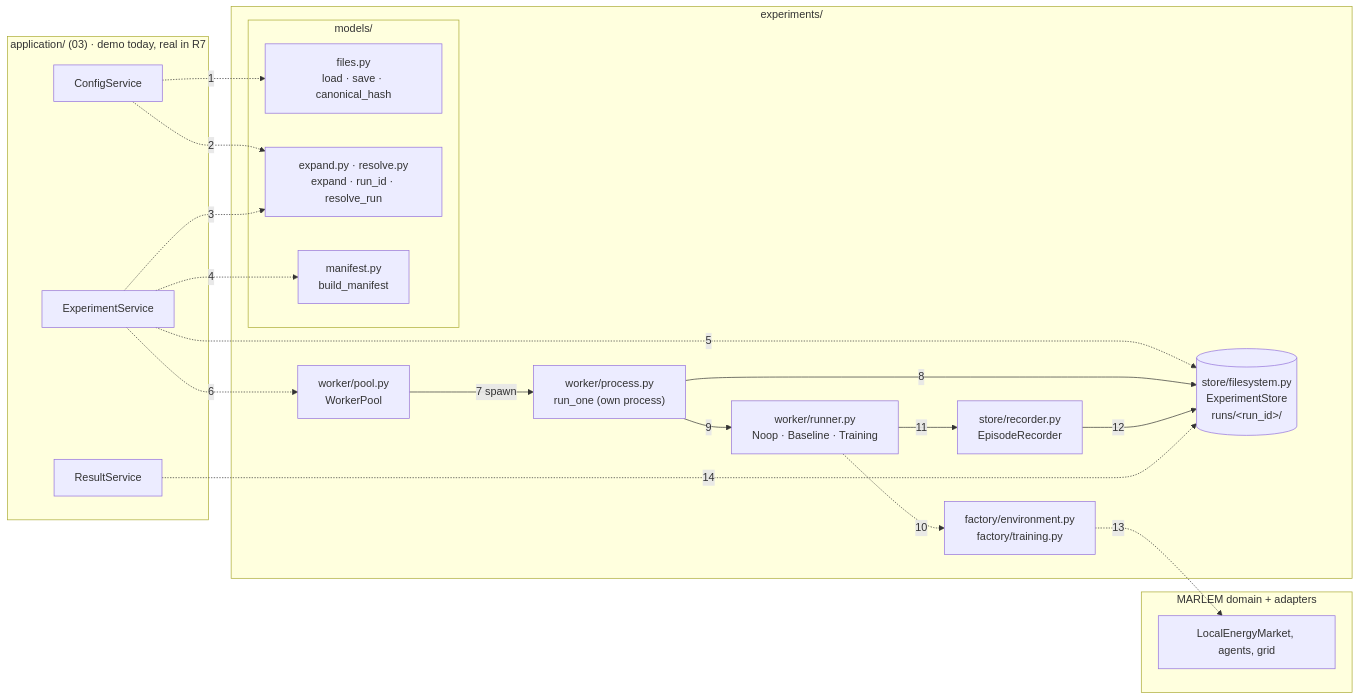
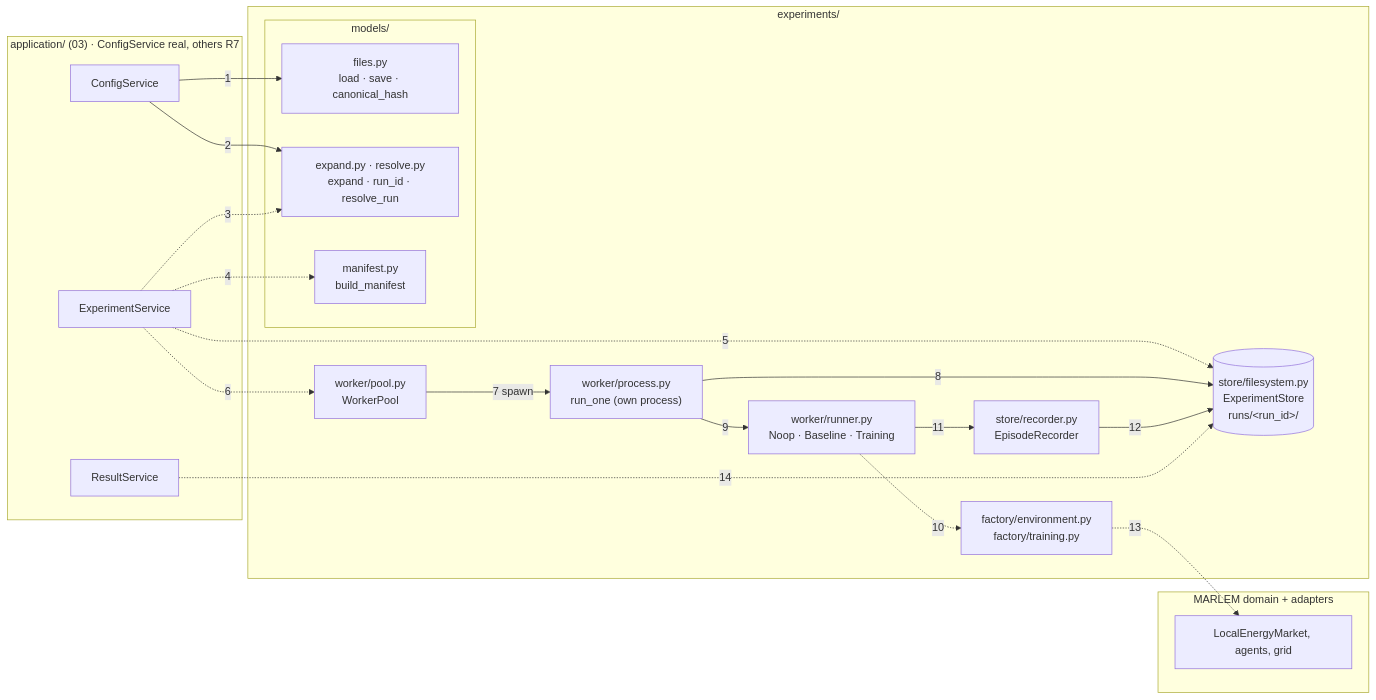
One commit to KevinRapo/P2P-thesis changed the first of 3 diagrams in docs/thesis/architecture/05-experiment-layer.md. Above: the diagram before and after it, drawn with Mermaid. The commit also changed other lines of this file and 3 other files, not shown here.

Commit message:
docs(architecture): ConfigService is real; where the workspace lives

````diff
--- a/docs/thesis/architecture/05-experiment-layer.md
+++ b/docs/thesis/architecture/05-experiment-layer.md
@@ -32,38 +32,38 @@
 ```mermaid
 flowchart LR
-  subgraph APP["application/ (03) · demo today, real in R7"]
+  subgraph APP["application/ (03) · ConfigService real, others R7"]
     CF["ConfigService"]
     EX["ExperimentService"]
     RE["ResultService"]
   end
   subgraph EXP["experiments/"]
     subgraph MOD["models/"]
       FIL["files.py<br/>load · save · canonical_hash"]
       EXPD["expand.py · resolve.py<br/>expand · run_id · resolve_run"]
       MAN["manifest.py<br/>build_manifest"]
     end
     STO[("store/filesystem.py<br/>ExperimentStore<br/>runs/&lt;run_id&gt;/")]
     POOL["worker/pool.py<br/>WorkerPool"]
     WRK["worker/process.py<br/>run_one (own process)"]
     RUN["worker/runner.py<br/>Noop · Baseline · Training"]
     REC["store/recorder.py<br/>EpisodeRecorder"]
     FAC["factory/environment.py<br/>factory/training.py"]
   end
   subgraph DOM["MARLEM domain + adapters"]
     ENV["LocalEnergyMarket, agents, grid"]
   end
-  CF -. "1" .-> FIL
-  CF -. "2" .-> EXPD
+  CF -->|"1"| FIL
+  CF -->|"2"| EXPD
   EX -. "3" .-> EXPD
   EX -. "4" .-> MAN
   EX -. "5" .-> STO
   EX -. "6" .-> POOL
   POOL -->|"7 spawn"| WRK
   WRK -->|"8"| STO
   WRK -->|"9"| RUN
   RUN -. "10" .-> FAC
   RUN -->|"11"| REC
   REC -->|"12"| STO
   FAC -. "13" .-> ENV
   RE -. "14" .-> STO
 ```
````
